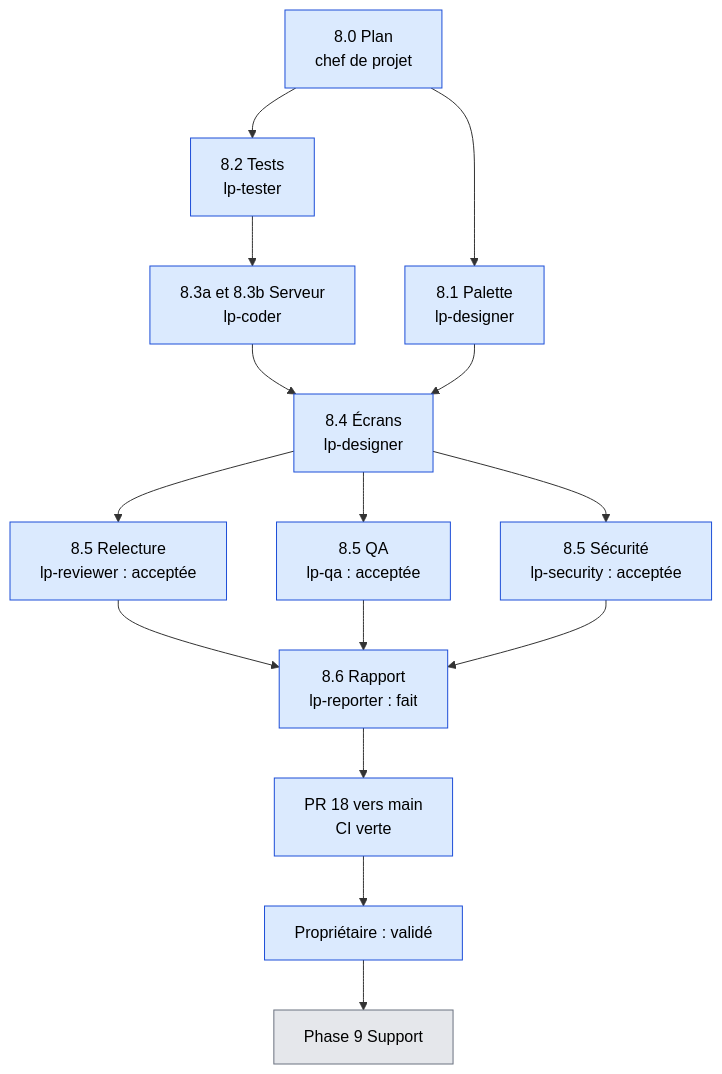
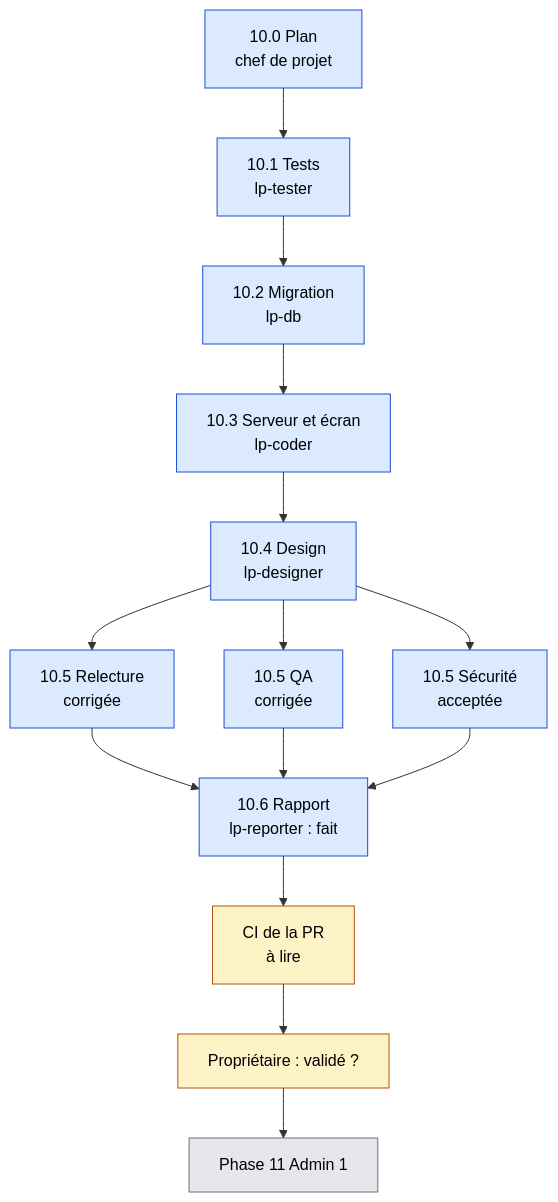
Before and after one commit to lyon32/lyonpanel: the fourth of 5 diagrams in docs/reports/TABLEAU-DE-BORD.md, drawn with Mermaid. The commit also changed other lines of this file and 10 other files, not shown here.

````diff
--- a/docs/reports/TABLEAU-DE-BORD.md
+++ b/docs/reports/TABLEAU-DE-BORD.md
@@ -89,22 +89,22 @@
 ```mermaid
 flowchart TD
-  T0["8.0 Plan<br/>chef de projet"] --> T1["8.2 Tests<br/>lp-tester"]
-  T0 --> T8["8.1 Palette<br/>lp-designer"]
-  T1 --> T3["8.3a et 8.3b Serveur<br/>lp-coder"]
-  T3 --> T4["8.4 Écrans<br/>lp-designer"]
-  T8 --> T4
-  T4 --> R["8.5 Relecture<br/>lp-reviewer : acceptée"]
-  T4 --> Q["8.5 QA<br/>lp-qa : acceptée"]
-  T4 --> S["8.5 Sécurité<br/>lp-security : acceptée"]
-  R --> RP["8.6 Rapport<br/>lp-reporter : fait"]
+  T0["10.0 Plan<br/>chef de projet"] --> T1["10.1 Tests<br/>lp-tester"]
+  T1 --> T2["10.2 Migration<br/>lp-db"]
+  T2 --> T3["10.3 Serveur et écran<br/>lp-coder"]
+  T3 --> T4["10.4 Design<br/>lp-designer"]
+  T4 --> R["10.5 Relecture<br/>corrigée"]
+  T4 --> Q["10.5 QA<br/>corrigée"]
+  T4 --> S["10.5 Sécurité<br/>acceptée"]
+  R --> RP["10.6 Rapport<br/>lp-reporter : fait"]
   Q --> RP
   S --> RP
-  RP --> PR["PR 18 vers main<br/>CI verte"]
-  PR --> OWN["Propriétaire : validé"]
-  OWN --> NEXT["Phase 9 Support"]
+  RP --> CI["CI de la PR<br/>à lire"]
+  CI --> OWN["Propriétaire : validé ?"]
+  OWN --> NEXT["Phase 11 Admin 1"]
   classDef fait fill:#DBEAFE,stroke:#1D4ED8,color:#000
   classDef attente fill:#FEF3C7,stroke:#B45309,color:#000
   classDef afaire fill:#E5E7EB,stroke:#6B7280,color:#000
-  class T0,T1,T3,T4,T8,R,Q,S,RP,PR,OWN fait
+  class T0,T1,T2,T3,T4,R,Q,S,RP fait
+  class CI,OWN attente
   class NEXT afaire
 ```
````
